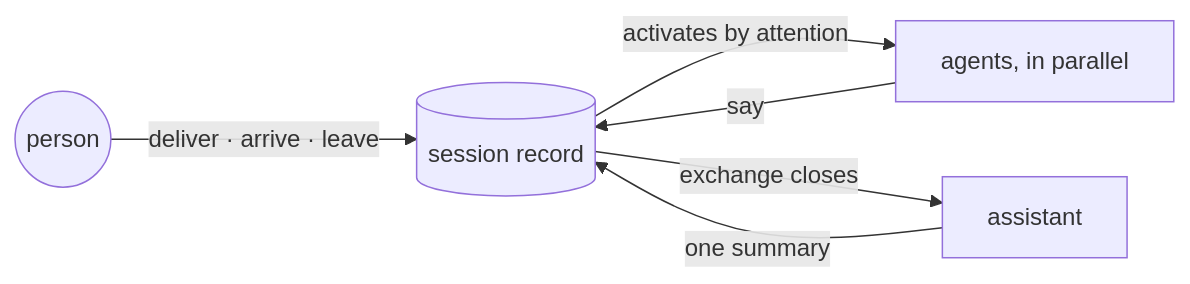
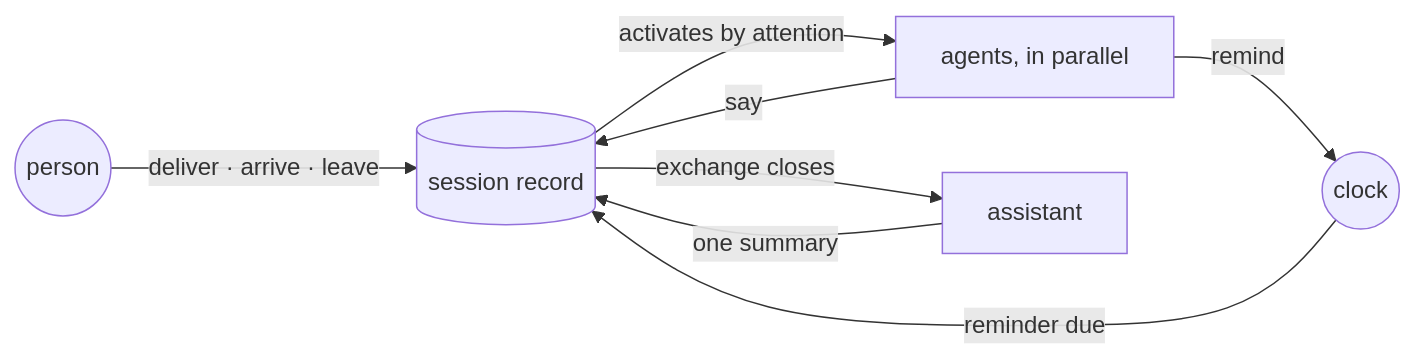
Before and after one commit to ambionframework/ambion: the diagram in README.md, drawn with Mermaid. The commit also changed other lines of this file and 21 other files, not shown here.

````diff
--- a/README.md
+++ b/README.md
@@ -53,8 +54,10 @@
 ```mermaid
 flowchart LR
     P((person)) -- "deliver · arrive · leave" --> R[(session record)]
+    C((clock)) -- "reminder due" --> R
     R -- "activates by attention" --> A["agents, in parallel"]
     A -- "say" --> R
+    A -- "remind" --> C
     R -- "exchange closes" --> D[assistant]
     D -- "one summary" --> R
 ```
````
